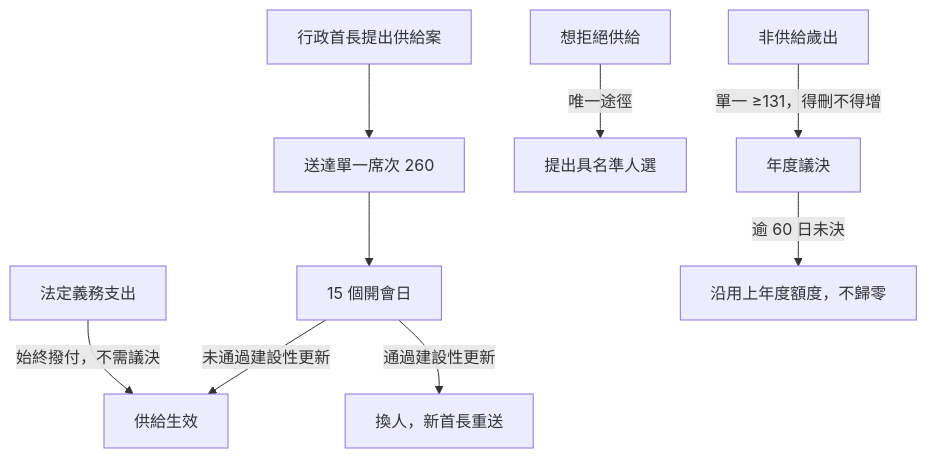
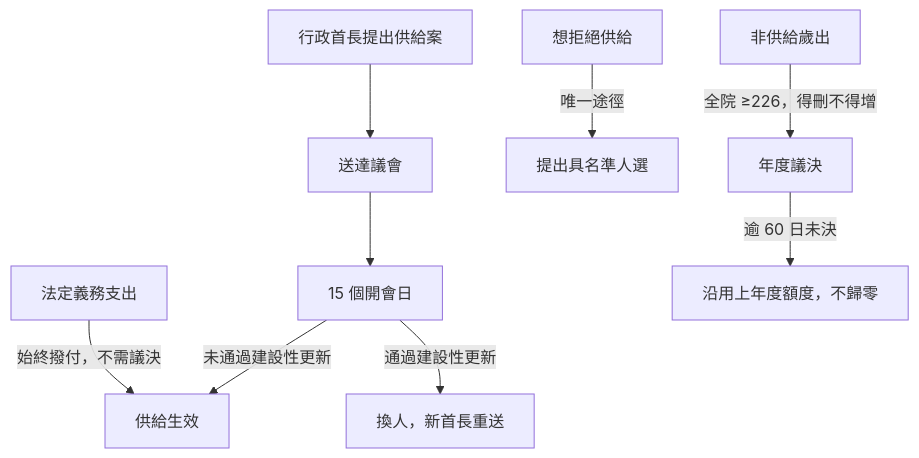
Before and after one commit to IRonROOT578/Political-Economy-Research-Public: the fourth of 11 diagrams in topics/regime-designs/designs/中國/一院議會制/憲政架構圖.md, drawn with Mermaid. The commit also changed other lines of this file and 241 other files, not shown here.

````diff
--- a/topics/regime-designs/designs/中國/一院議會制/憲政架構圖.md
+++ b/topics/regime-designs/designs/中國/一院議會制/憲政架構圖.md
@@ -57,11 +56,11 @@
 ```mermaid
 flowchart TD
-  Gov[行政首長提出供給案] --> Send[送達單一席次 260]
+  Gov[行政首長提出供給案] --> Send[送達議會]
   Send --> Wait[15 個開會日]
   Wait -->|未通過建設性更新| Live[供給生效]
   Wait -->|通過建設性更新| Change[換人，新首長重送]
   Reject[想拒絕供給] -->|唯一途徑| Sign[提出具名準人選]
   Obl[法定義務支出] -->|始終撥付，不需議決| Live
-  Rest[非供給歲出] -->|單一 ≥131，得刪不得增| Year[年度議決]
+  Rest[非供給歲出] -->|全院 ≥226，得刪不得增| Year[年度議決]
   Year -->|逾 60 日未決| Roll[沿用上年度額度，不歸零]
 ```
````
